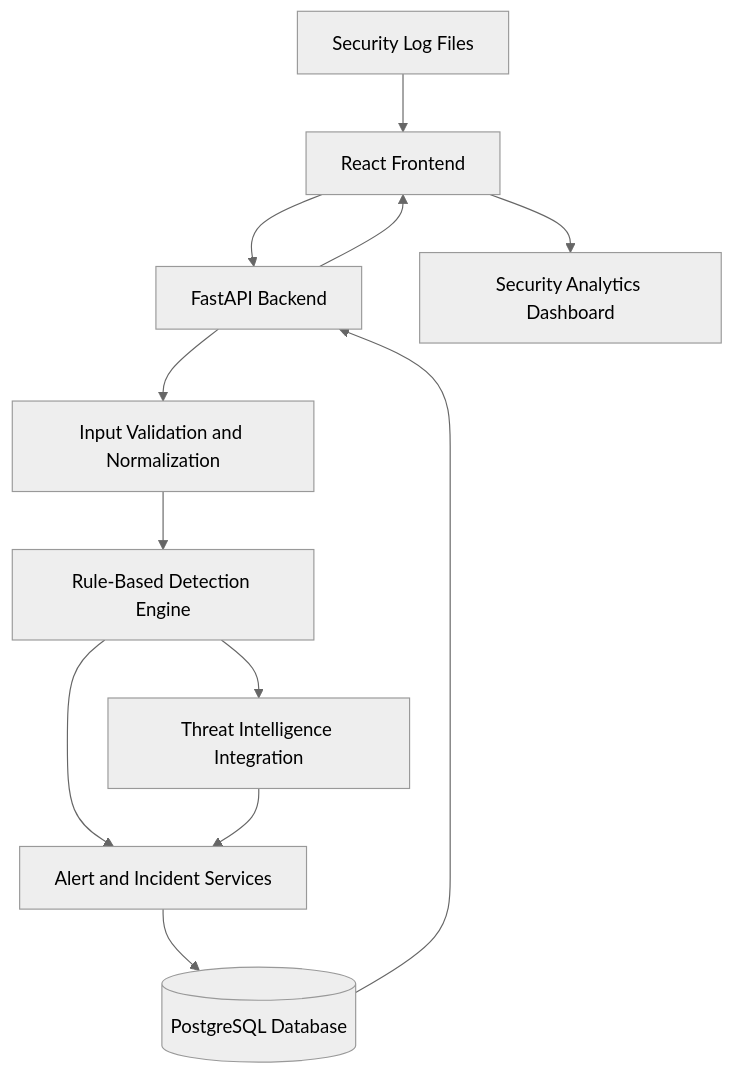
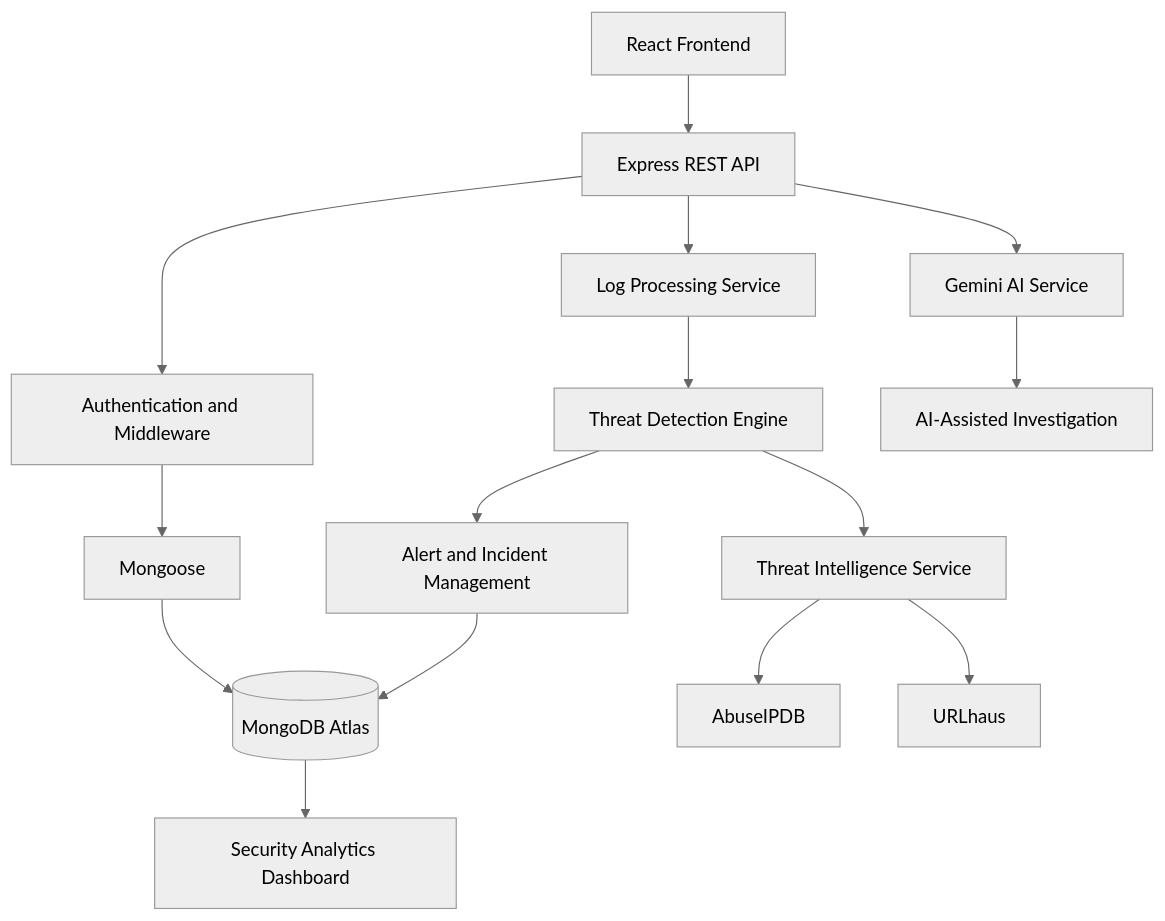
The diagram in ThreatLens/README.md (RockyRohith12/Projects), drawn with Mermaid (neutral theme) before and after one commit. The commit also changed other lines of this file and 27 other files, not shown here.

````diff
--- a/ThreatLens/README.md
+++ b/ThreatLens/README.md
@@ -126,14 +207,21 @@
 ```mermaid
 flowchart TD
-    A[Security Log Files] --> B[React Frontend]
-    B --> C[FastAPI Backend]
-    C --> D[Input Validation and Normalization]
-    D --> E[Rule-Based Detection Engine]
-    E --> F[Threat Intelligence Integration]
-    E --> G[Alert and Incident Services]
-    F --> G
-    G --> H[(PostgreSQL Database)]
-    H --> C
-    C --> B
-    B --> I[Security Analytics Dashboard]
+    A[React Frontend] --> B[Express REST API]
+    B --> C[Authentication and Middleware]
+    C --> D[Mongoose]
+    D --> E[(MongoDB Atlas)]
+
+    B --> F[Log Processing Service]
+    F --> G[Threat Detection Engine]
+    G --> H[Threat Intelligence Service]
+    H --> I[AbuseIPDB]
+    H --> J[URLhaus]
+
+    G --> K[Alert and Incident Management]
+    K --> E
+
+    B --> L[Gemini AI Service]
+    L --> M[AI-Assisted Investigation]
+
+    E --> N[Security Analytics Dashboard]
 ```
````
